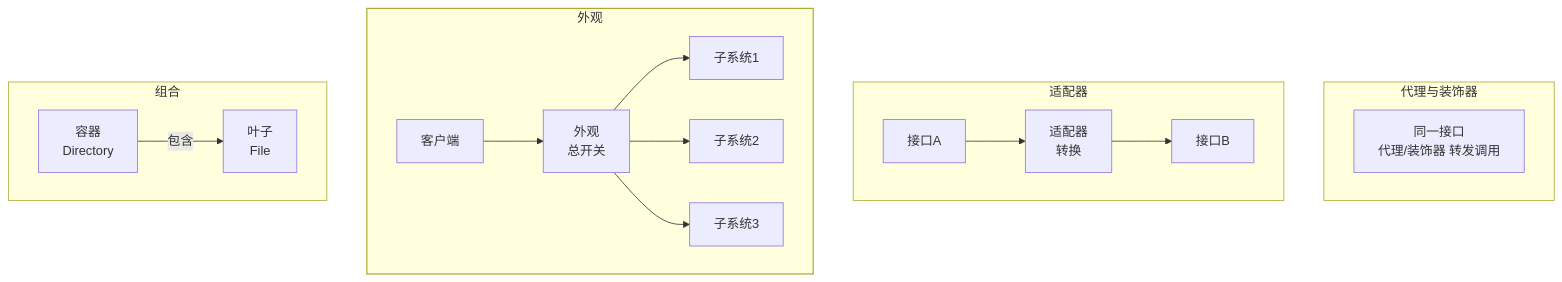
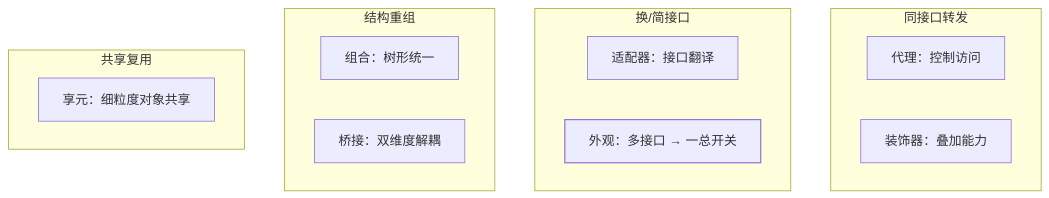
One commit to Loadhao/ascension changed the first of 3 diagrams in src/content/docs/java/intermediate/design-pattern/08-structural.md. Above: the diagram before and after it, drawn with Mermaid. The commit also changed other lines of this file and 5 other files, not shown here.

Commit message:
feat(java): 设计模式收编改写四篇综述——建造者与原型、外观组合桥接享元、状态迭代器命令备忘录成稿，模式地图补桥接/享元/命令速查并修正 Spring MVC 篇死链

````diff
--- a/src/content/docs/java/intermediate/design-pattern/08-structural.md
+++ b/src/content/docs/java/intermediate/design-pattern/08-structural.md
@@ -13,19 +14,20 @@
 ```mermaid
 graph TB
-    subgraph 代理与装饰器
-        P_X["同一接口<br/>代理/装饰器 转发调用"]
+    subgraph 同接口转发["同接口转发"]
+        P["代理：控制访问"]
+        D["装饰器：叠加能力"]
     end
-    subgraph 适配器
-        AD_T["接口A"] --> AD["适配器<br/>转换"] --> AD_S["接口B"]
+    subgraph 换接口["换/简接口"]
+        AD["适配器：接口翻译"]
+        FA["外观：多接口 → 一总开关"]
     end
-    subgraph 外观
-        FA_C[客户端] --> FA["外观<br/>总开关"] --> FA_S1[子系统1]
-        FA --> FA_S2[子系统2]
-        FA --> FA_S3[子系统3]
+    subgraph 结构重组["结构重组"]
+        CO["组合：树形统一"]
+        BR["桥接：双维度解耦"]
     end
-    subgraph 组合
-        CO_R[容器<br/>Directory] -- "包含" --> CO_L[叶子<br/>File]
+    subgraph 复用["共享复用"]
+        FL["享元：细粒度对象共享"]
     end
-    class 外观 hl
+    class FA hl
     classDef hl stroke-width:1.5px
 ```
````
